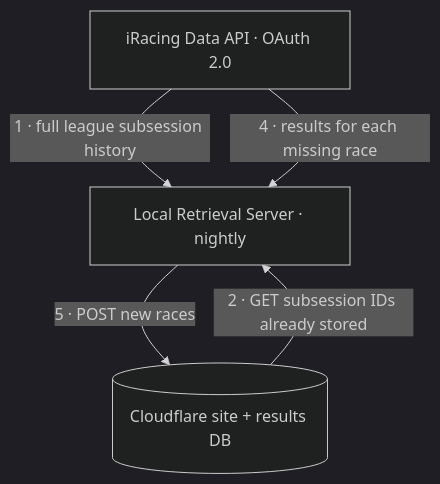
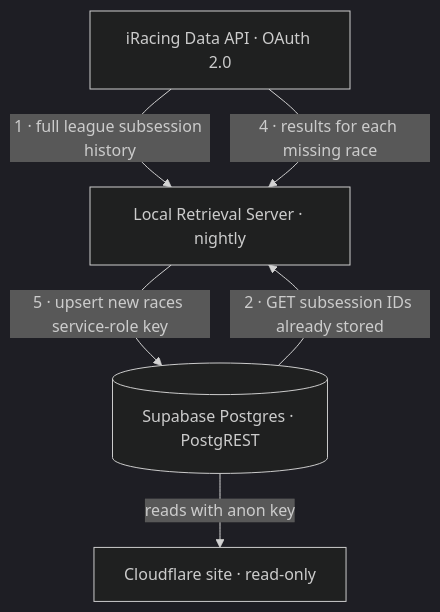
One commit to ktrost96/ATCRetrevalServer changed the diagram in README.md. Above: the diagram before and after it, drawn with Mermaid (dark theme). The commit also changed other lines of this file and 8 other files, not shown here.

````diff
--- a/README.md
+++ b/README.md
@@ -17,11 +23,13 @@
 ```mermaid
 flowchart TD
     IR[iRacing Data API · OAuth 2.0]
     L[Local Retrieval Server · nightly]
-    R[(Cloudflare site + results DB)]
+    SB[(Supabase Postgres · PostgREST)]
+    CF[Cloudflare site · read-only]
 
     IR -->|1 · full league subsession history| L
-    R -->|2 · GET subsession IDs already stored| L
+    SB -->|2 · GET subsession IDs already stored| L
     IR -->|4 · results for each missing race| L
-    L -->|5 · POST new races| R
+    L -->|5 · upsert new races service-role key| SB
+    SB -->|reads with anon key| CF
 ```
````
